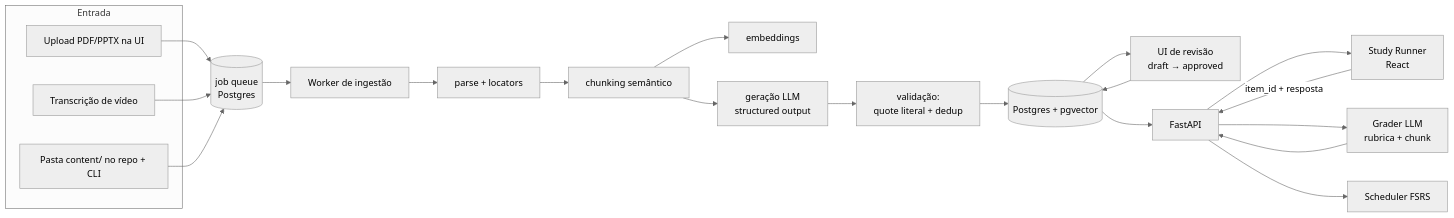
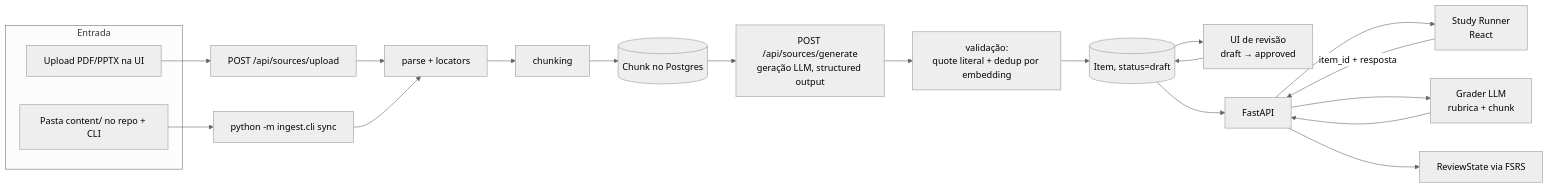
Before and after one commit to carolinaporto/neuroai-studykit: the diagram in docs/ARCHITECTURE.md, drawn with Mermaid (neutral theme). The commit also changed other lines of this file and 2 other files, not shown here.

First line of the commit message:
docs: M14 — reconcile ARCHITECTURE.md with what was actually built

````diff
--- a/docs/ARCHITECTURE.md
+++ b/docs/ARCHITECTURE.md
@@ -39,28 +44,26 @@
 ```mermaid
 flowchart LR
   subgraph Entrada
     A1[Upload PDF/PPTX na UI]
-    A2[Transcrição de vídeo]
-    A3[Pasta content/ no repo + CLI]
+    A2["Pasta content/ no repo + CLI"]
   end
 
-  A1 & A2 & A3 --> Q[(job queue<br/>Postgres)]
-  Q --> W[Worker de ingestão]
+  A1 --> API1["POST /api/sources/upload"]
+  A2 --> CLI["python -m ingest.cli sync"]
+  API1 & CLI --> P[parse + locators]
+  P --> C[chunking]
+  C --> DB1[(Chunk no Postgres)]
+  DB1 --> G["POST /api/sources/generate<br/>geração LLM, structured output"]
+  G --> V["validação:<br/>quote literal + dedup por embedding"]
+  V --> DB2[(Item, status=draft)]
 
-  W --> P[parse + locators]
-  P --> C[chunking semântico]
-  C --> E[embeddings]
-  C --> G[geração LLM<br/>structured output]
-  G --> V[validação:<br/>quote literal + dedup]
-  V --> DB[(Postgres + pgvector)]
+  DB2 --> R[UI de revisão<br/>draft → approved]
+  R --> DB2
 
-  DB --> R[UI de revisão<br/>draft → approved]
-  R --> DB
-
-  DB --> API[FastAPI]
+  DB2 --> API[FastAPI]
   API --> S[Study Runner<br/>React]
   S -->|item_id + resposta| API
   API --> GR[Grader LLM<br/>rubrica + chunk]
   GR --> API
-  API --> SCH[Scheduler FSRS]
+  API --> SCH[ReviewState via FSRS]
 ```
````
